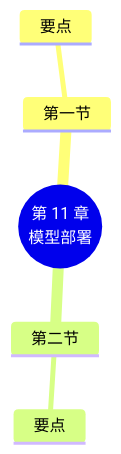
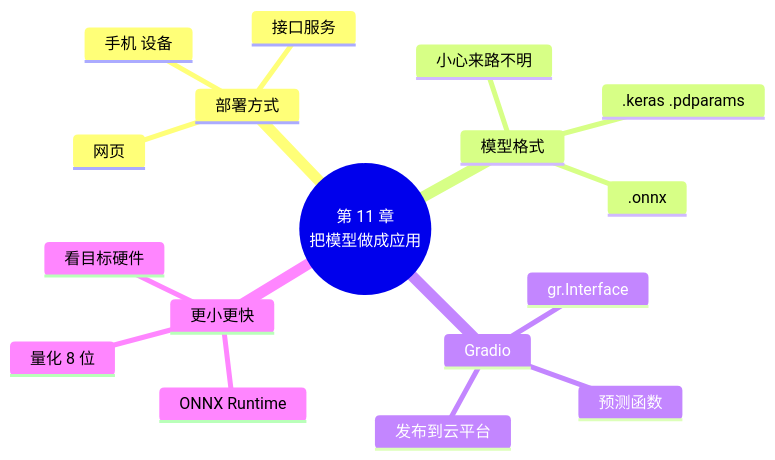
One commit to MingziFu9/ai-frameworks changed the diagram in docs/chapters/11-deploy/index.md. Above: the diagram before and after it, drawn with Mermaid. The commit also changed other lines of this file and 20 other files, not shown here.

First line of the commit message:
第 11 章：把模型做成应用（Gradio 网页、发布、ONNX 与量化实测）、模型压缩动画

````diff
--- a/docs/chapters/11-deploy/index.md
+++ b/docs/chapters/11-deploy/index.md
@@ -185,8 +442,20 @@
 ```mermaid
 mindmap
-  root((第 11 章<br/>模型部署))
-    第一节
-      要点
-    第二节
-      要点
+  root((第 11 章<br/>把模型做成应用))
+    部署方式
+      网页
+      接口服务
+      手机 设备
+    模型格式
+      .keras .pdparams
+      .onnx
+      小心来路不明
+    Gradio
+      预测函数
+      gr.Interface
+      发布到云平台
+    更小更快
+      ONNX Runtime
+      量化 8 位
+      看目标硬件
 ```
````
